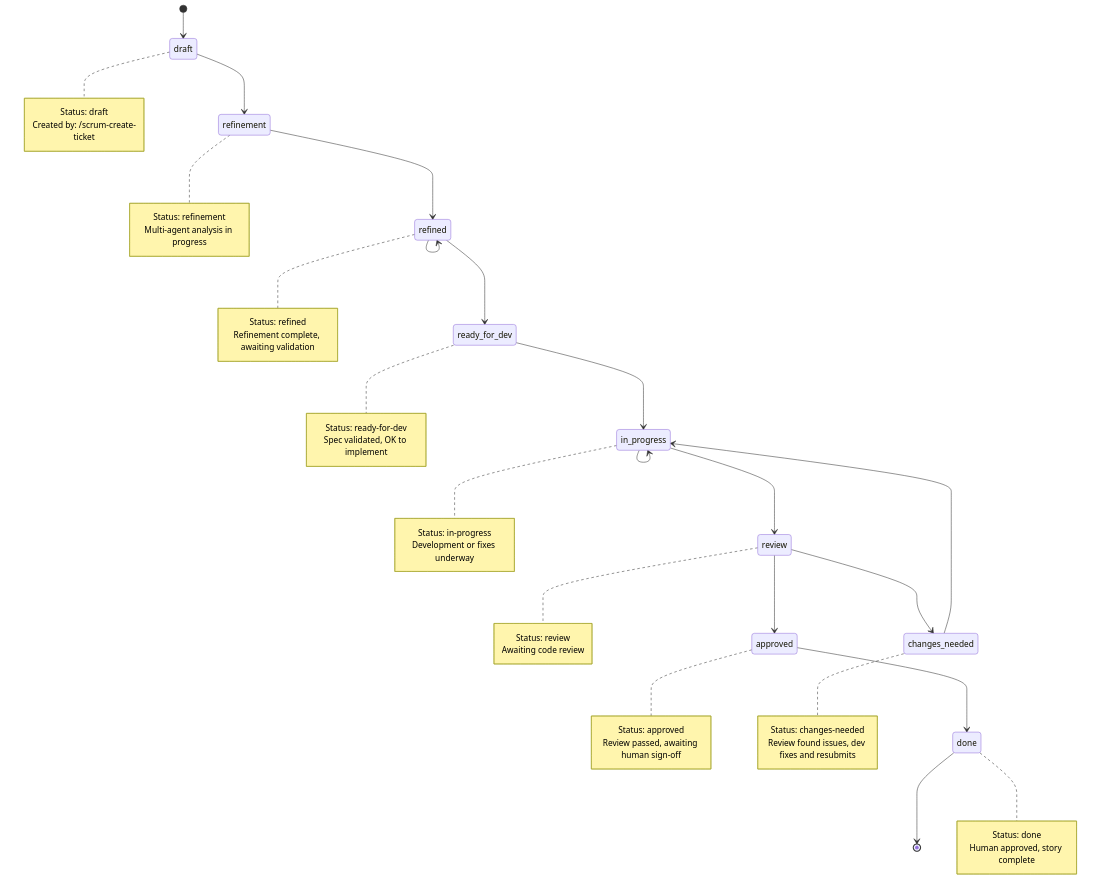
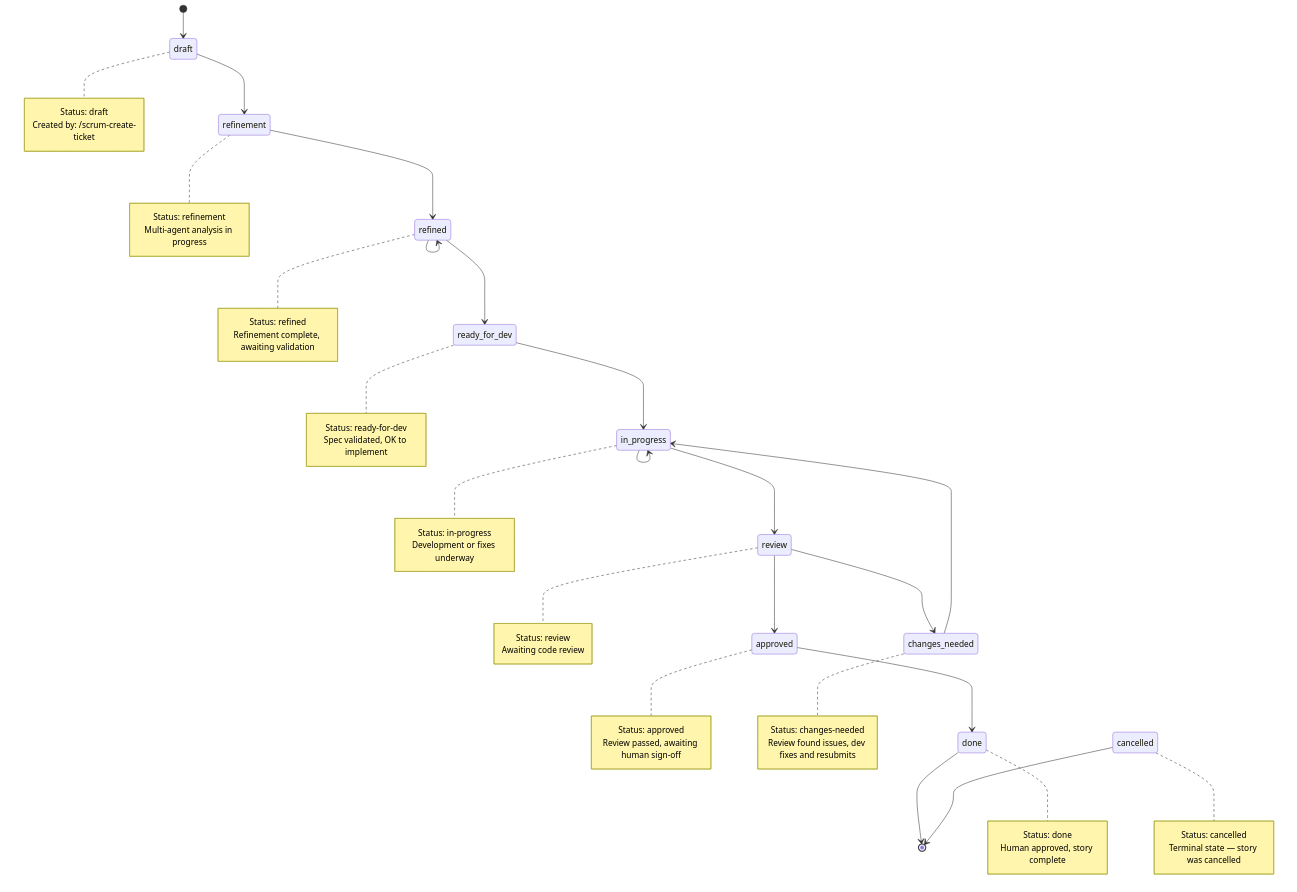
One commit to samibel/scrum_workflow changed the second of 2 diagrams in README.md. Above: the diagram before and after it, drawn with Mermaid. The commit also changed other lines of this file and 52 other files, not shown here.

````diff
--- a/README.md
+++ b/README.md
@@ -381,67 +382,73 @@
 ```mermaid
 stateDiagram-v2
     [*] --> draft
     
     draft --> refinement
     refinement --> refined
     
     refined --> refined
     refined --> ready_for_dev
     
     ready_for_dev --> in_progress
     in_progress --> in_progress
     in_progress --> review
     
     review --> approved
     review --> changes_needed
     
     changes_needed --> in_progress
     approved --> done
     
     done --> [*]
+    cancelled --> [*]
     
     note right of draft
         Status: draft
         Created by: /scrum-create-ticket
     end note
     
     note right of refinement
         Status: refinement
         Multi-agent analysis in progress
     end note
     
     note right of refined
         Status: refined
         Refinement complete, awaiting validation
     end note
     
     note right of ready_for_dev
         Status: ready-for-dev
         Spec validated, OK to implement
     end note
     
     note right of in_progress
         Status: in-progress
         Development or fixes underway
     end note
     
     note right of review
         Status: review
         Awaiting code review
     end note
     
     note right of approved
         Status: approved
         Review passed, awaiting human sign-off
     end note
     
     note right of changes_needed
         Status: changes-needed
         Review found issues, dev fixes and resubmits
     end note
     
     note right of done
         Status: done
         Human approved, story complete
     end note
+    
+    note right of cancelled
+        Status: cancelled
+        Terminal state — story was cancelled
+    end note
 ```
````
